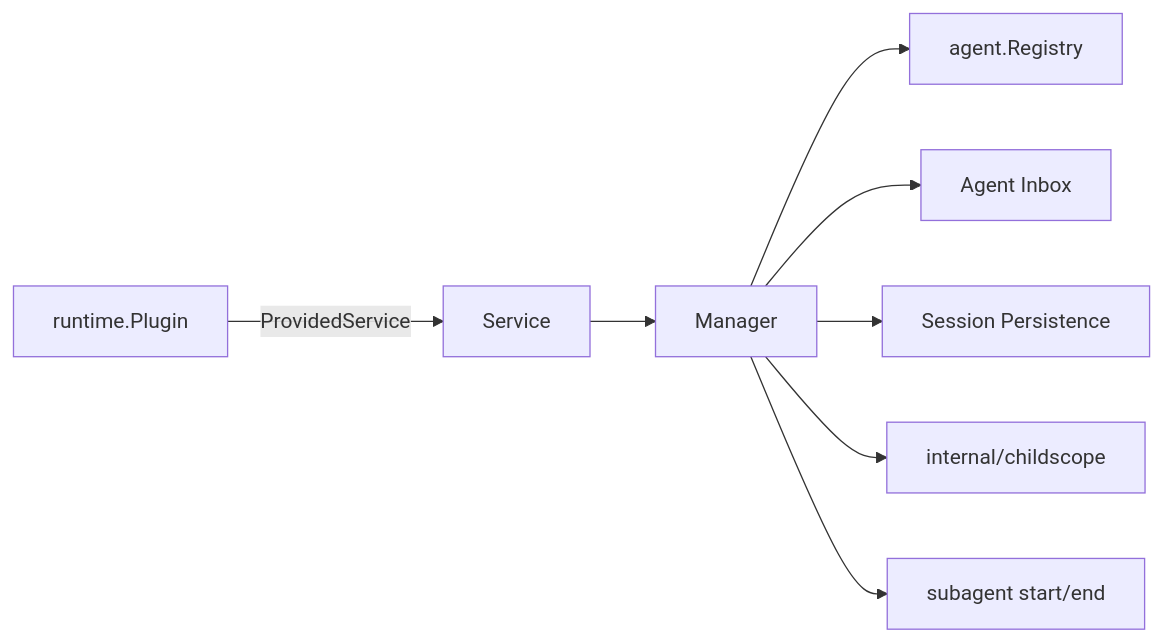
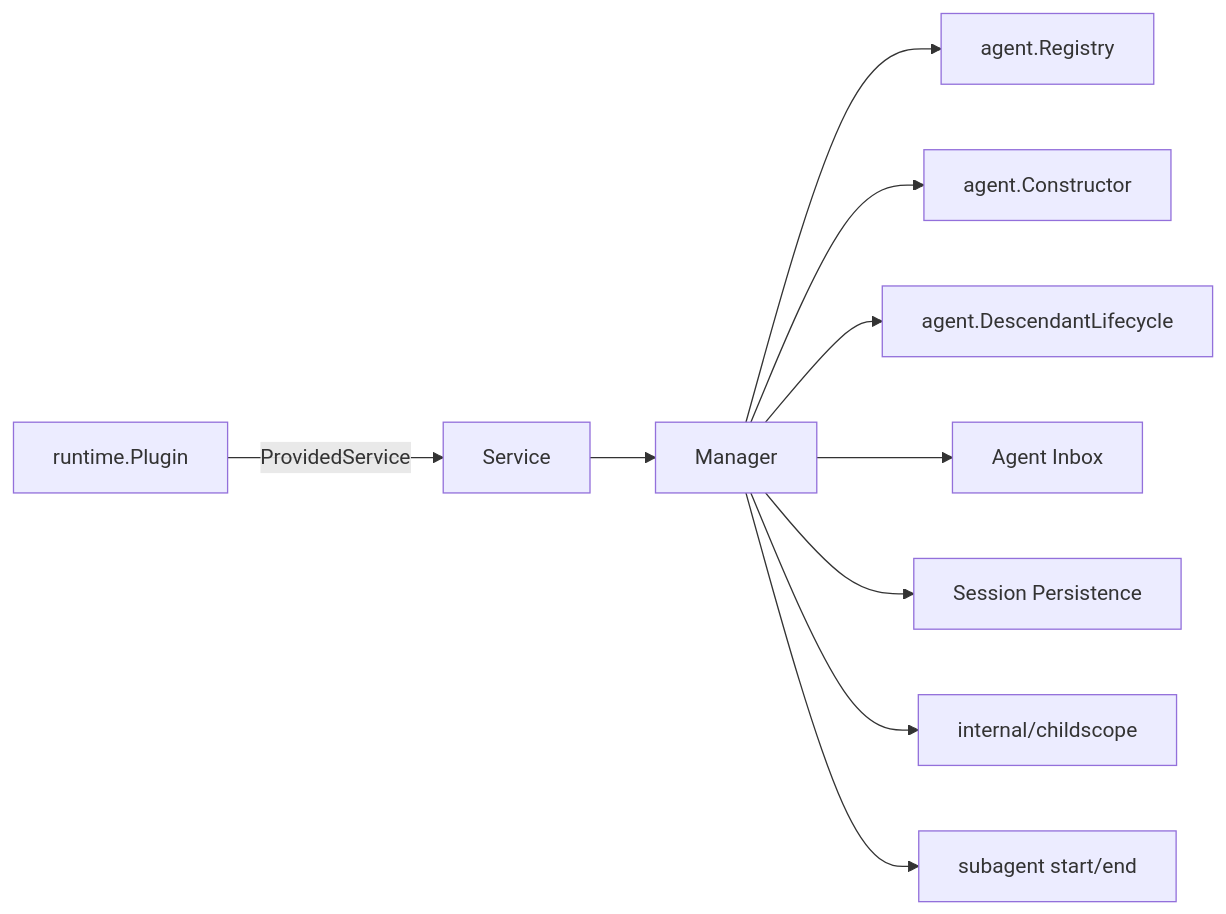
The diagram in subagent/internal/continuation/README.zh-CN.md (gorenx/goren), drawn with Mermaid before and after one commit. The commit also changed other lines of this file and 26 other files, not shown here.

Commit message:
docs(agent): align lifecycle module ownership

````diff
--- a/subagent/internal/continuation/README.zh-CN.md
+++ b/subagent/internal/continuation/README.zh-CN.md
@@ -21,10 +21,12 @@
 ```mermaid
 flowchart LR
     Plugin[runtime.Plugin] -->|ProvidedService| Service
     Service --> Manager
     Manager --> AgentRegistry[agent.Registry]
+    Manager --> Constructor[agent.Constructor]
+    Manager --> Descendants[agent.DescendantLifecycle]
     Manager --> Inbox[Agent Inbox]
     Manager --> Persistence[Session Persistence]
     Manager --> ScopeBuilder[internal/childscope]
     Manager --> Lifecycle[subagent start/end]
 ```
````
